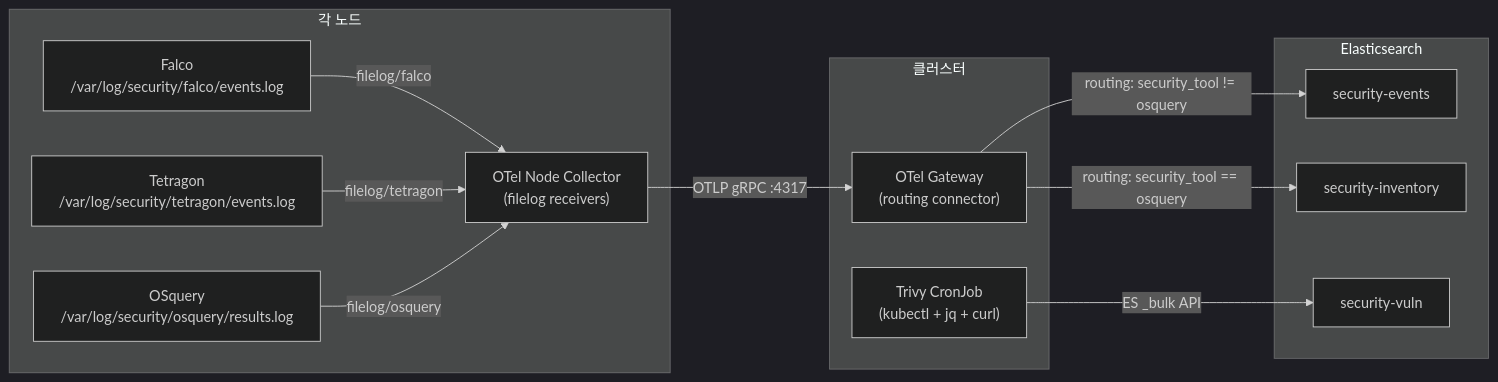
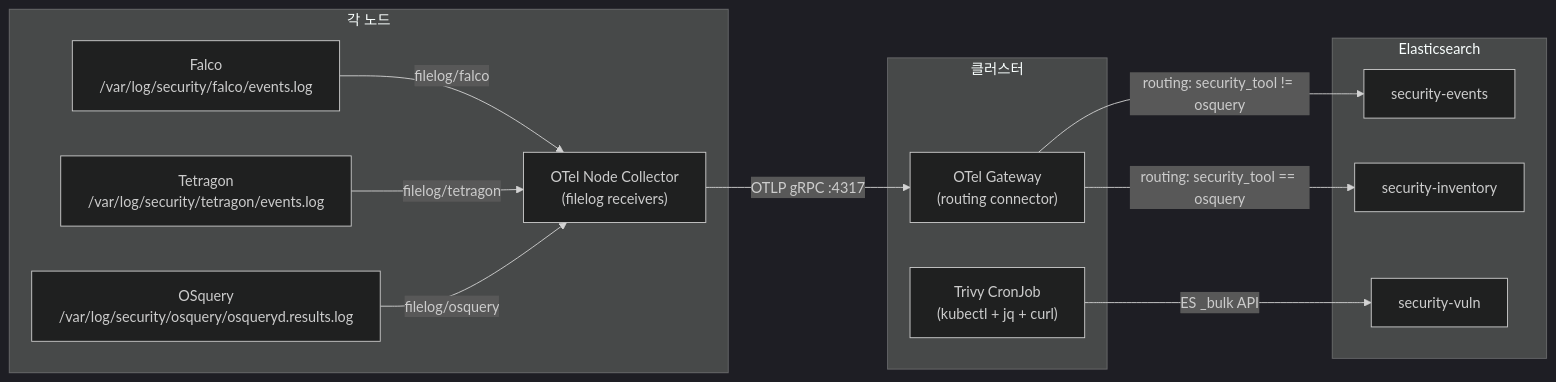
The second of 13 diagrams in docs/poc/building-security-operator.md (gs-kikim/security-operator), drawn with Mermaid (dark theme) before and after one commit. The commit also changed other lines of this file and 9 other files, not shown here.

````diff
--- a/docs/poc/building-security-operator.md
+++ b/docs/poc/building-security-operator.md
@@ -128,28 +128,28 @@
 ```mermaid
 flowchart LR
     subgraph "각 노드"
         Falco["Falco<br/>/var/log/security/falco/events.log"]
         Tetragon["Tetragon<br/>/var/log/security/tetragon/events.log"]
-        OSquery["OSquery<br/>/var/log/security/osquery/results.log"]
+        OSquery["OSquery<br/>/var/log/security/osquery/osqueryd.results.log"]
         OTelNode["OTel Node Collector<br/>(filelog receivers)"]
     end
 
     subgraph "클러스터"
         Gateway["OTel Gateway<br/>(routing connector)"]
         Trivy["Trivy CronJob<br/>(kubectl + jq + curl)"]
     end
 
     subgraph "Elasticsearch"
         Events["security-events"]
         Inventory["security-inventory"]
         Vuln["security-vuln"]
     end
 
     Falco -->|filelog/falco| OTelNode
     Tetragon -->|filelog/tetragon| OTelNode
     OSquery -->|filelog/osquery| OTelNode
     OTelNode -->|OTLP gRPC :4317| Gateway
     Gateway -->|routing: security_tool != osquery| Events
     Gateway -->|routing: security_tool == osquery| Inventory
     Trivy -->|ES _bulk API| Vuln
 ```
````
